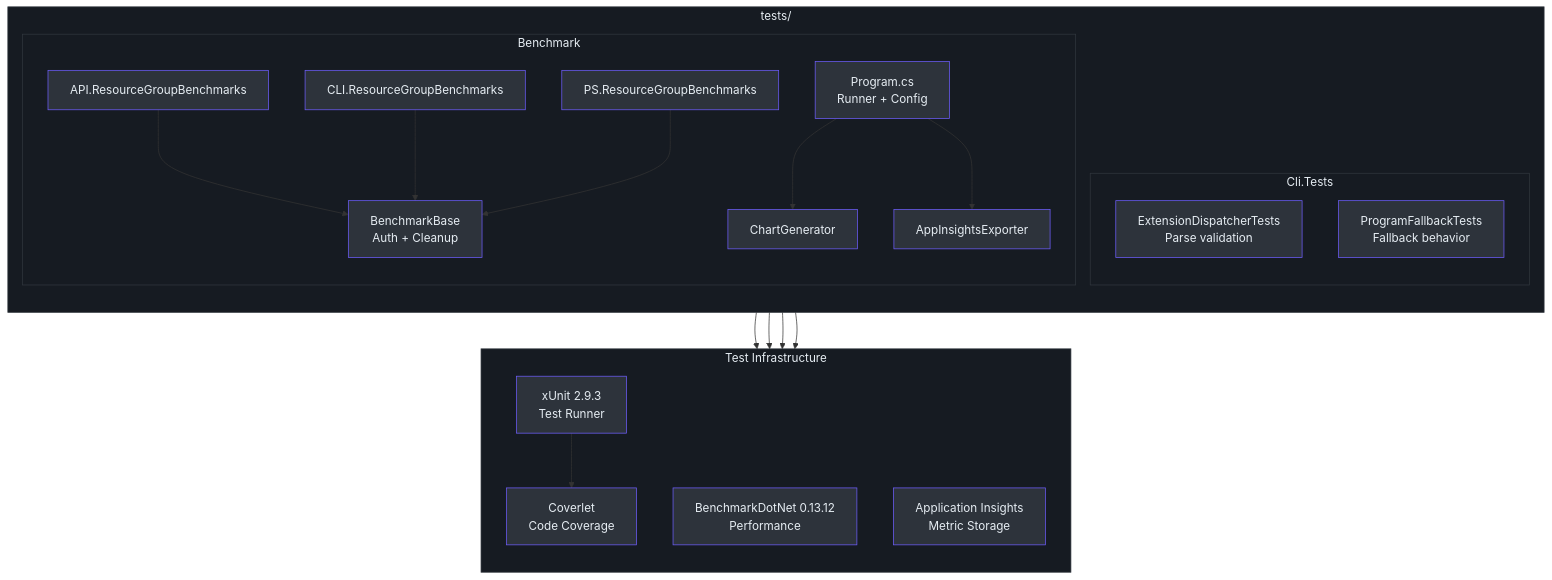
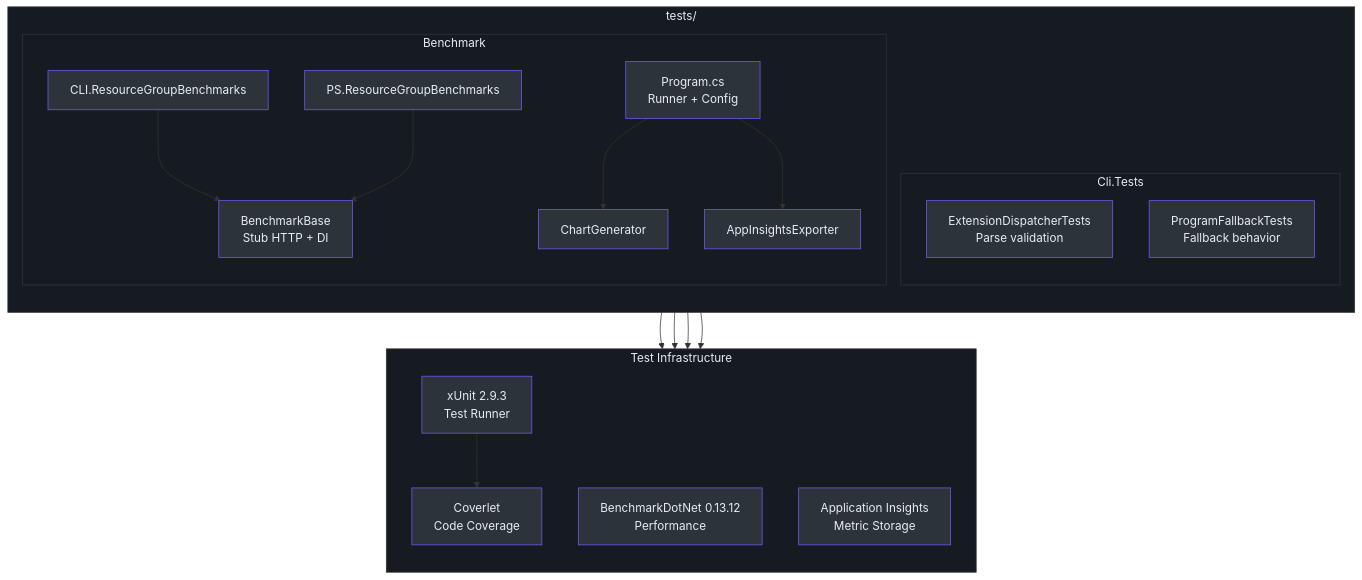
The first of 2 diagrams in wiki/02-deep-dive/testing-benchmarking.md (Azure/azclips), drawn with Mermaid before and after one commit. The commit also changed other lines of this file and 6 other files, not shown here.

Commit message:
[Benchmark] Remove API benchmark references in documentation and charts (#332)

````diff
--- a/wiki/02-deep-dive/testing-benchmarking.md
+++ b/wiki/02-deep-dive/testing-benchmarking.md
@@ -12,57 +12,54 @@
 ```mermaid
 flowchart TB
     subgraph Tests["tests/"]
         direction TB
         subgraph Unit["Cli.Tests"]
             EDT["ExtensionDispatcherTests<br>Parse validation"]
             PFT["ProgramFallbackTests<br>Fallback behavior"]
         end
         subgraph Perf["Benchmark"]
             Prog["Program.cs<br>Runner + Config"]
-            Base["BenchmarkBase<br>Auth + Cleanup"]
-            API["API.ResourceGroupBenchmarks"]
+            Base["BenchmarkBase<br>Stub HTTP + DI"]
             CLIB["CLI.ResourceGroupBenchmarks"]
             PSB["PS.ResourceGroupBenchmarks"]
             AIE["AppInsightsExporter"]
             CG["ChartGenerator"]
         end
     end
 
     subgraph Infra["Test Infrastructure"]
         direction TB
         Coverlet["Coverlet<br>Code Coverage"]
         xUnit["xUnit 2.9.3<br>Test Runner"]
         BDN["BenchmarkDotNet 0.13.12<br>Performance"]
         AppIns["Application Insights<br>Metric Storage"]
     end
 
     EDT --> xUnit
     PFT --> xUnit
     xUnit --> Coverlet
 
-    API --> Base
     CLIB --> Base
     PSB --> Base
     Prog --> BDN
     Prog --> CG
     Prog --> AIE
     AIE --> AppIns
 
     style Tests fill:#161b22,stroke:#30363d,color:#e6edf3
     style Unit fill:#161b22,stroke:#30363d,color:#e6edf3
     style Perf fill:#161b22,stroke:#30363d,color:#e6edf3
     style Infra fill:#161b22,stroke:#30363d,color:#e6edf3
     style EDT fill:#2d333b,stroke:#6d5dfc,color:#e6edf3
     style PFT fill:#2d333b,stroke:#6d5dfc,color:#e6edf3
     style Prog fill:#2d333b,stroke:#6d5dfc,color:#e6edf3
     style Base fill:#2d333b,stroke:#6d5dfc,color:#e6edf3
-    style API fill:#2d333b,stroke:#6d5dfc,color:#e6edf3
     style CLIB fill:#2d333b,stroke:#6d5dfc,color:#e6edf3
     style PSB fill:#2d333b,stroke:#6d5dfc,color:#e6edf3
     style AIE fill:#2d333b,stroke:#6d5dfc,color:#e6edf3
     style CG fill:#2d333b,stroke:#6d5dfc,color:#e6edf3
     style Coverlet fill:#2d333b,stroke:#6d5dfc,color:#e6edf3
     style xUnit fill:#2d333b,stroke:#6d5dfc,color:#e6edf3
     style BDN fill:#2d333b,stroke:#6d5dfc,color:#e6edf3
     style AppIns fill:#2d333b,stroke:#6d5dfc,color:#e6edf3
 ```
````
